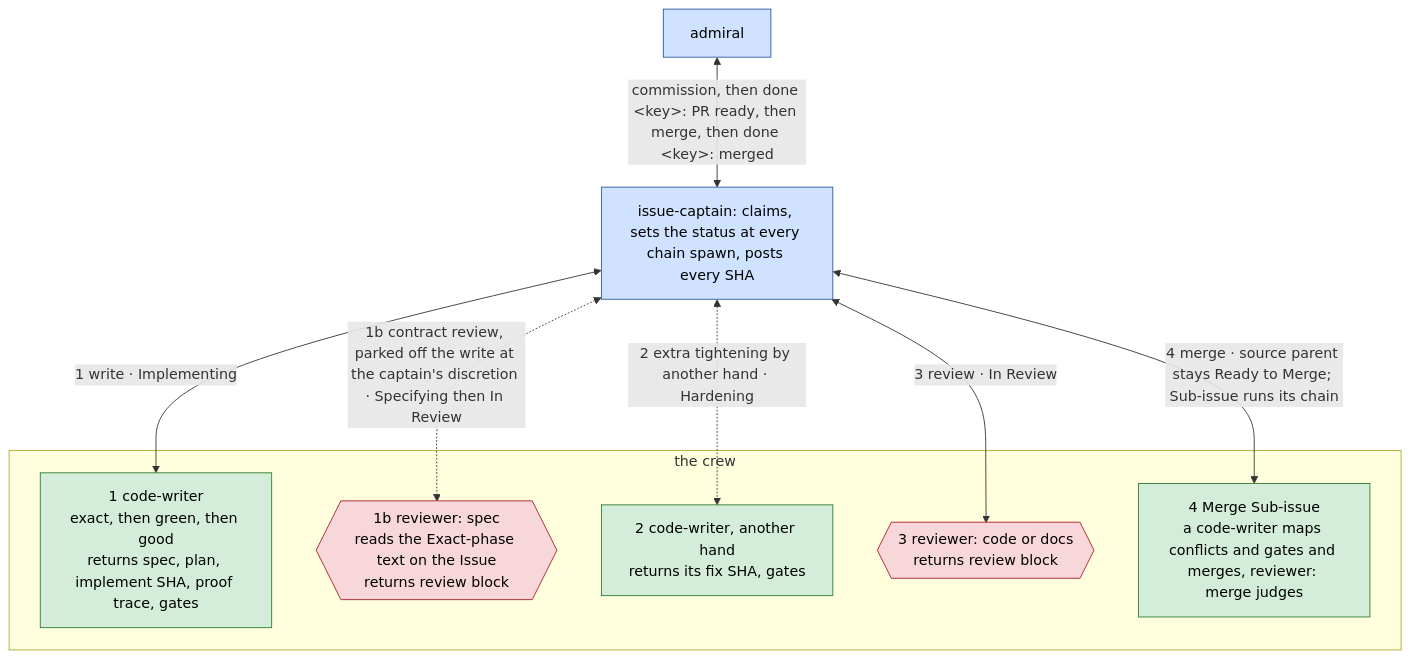
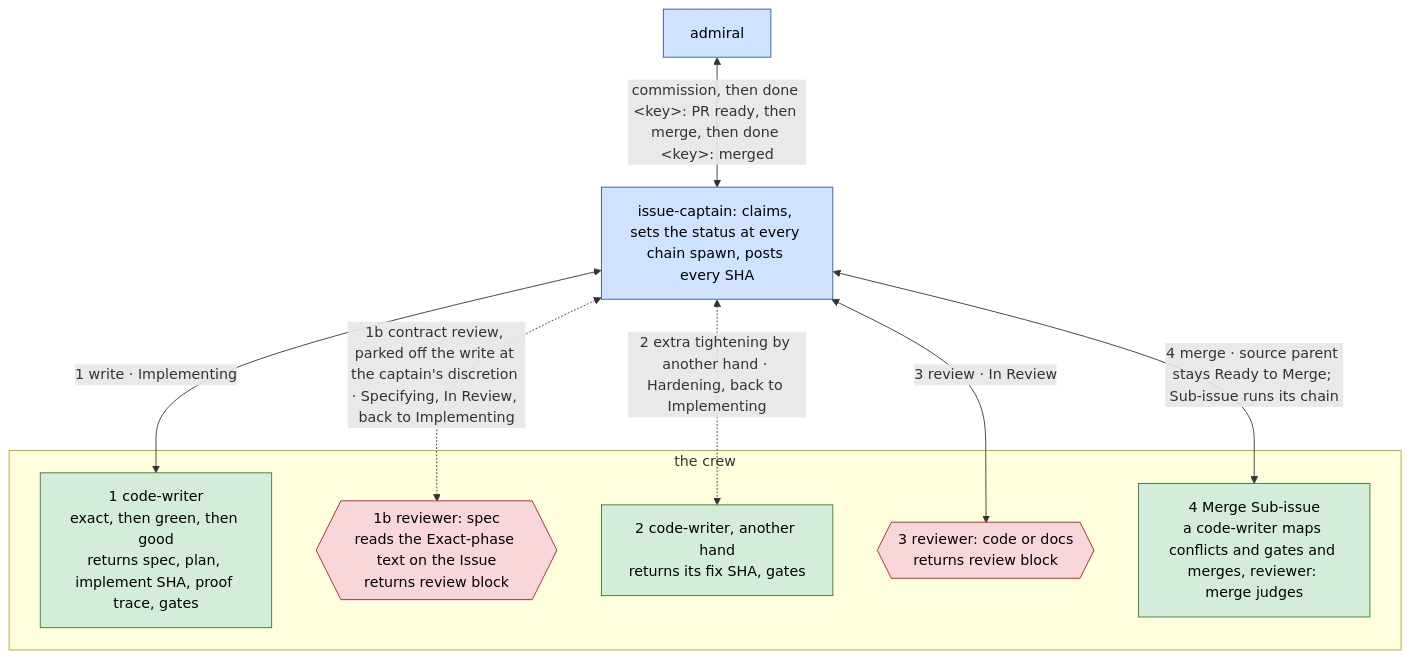
Before and after one commit to bodnarbalazs/dydo: the second of 12 diagrams in dydo/understand/control-flow.md, drawn with Mermaid. The commit also changed other lines of this file and 5 other files, not shown here.

First line of the commit message:
DYD-222 fix: route every review FAIL to Implementing and narrow the optional parks

````diff
--- a/dydo/understand/control-flow.md
+++ b/dydo/understand/control-flow.md
@@ -136,20 +136,20 @@
 ```mermaid
 flowchart TD
   classDef hat fill:#cfe2ff,stroke:#2c5aa0,color:#000
   classDef worker fill:#d4edda,stroke:#2e7d32,color:#000
   classDef reviewer fill:#f8d7da,stroke:#a71d2a,color:#000
 
   AD[admiral]:::hat <-->|"commission, then done &lt;key&gt;: PR ready, then merge, then done &lt;key&gt;: merged"| IC[issue-captain: claims, sets the status at every chain spawn, posts every SHA]:::hat
   IC <-->|"1 write · Implementing"| CW
-  IC <-.->|"1b contract review, parked off the write at the captain's discretion · Specifying then In Review"| RS
-  IC <-.->|"2 extra tightening by another hand · Hardening"| HD
+  IC <-.->|"1b contract review, parked off the write at the captain's discretion · Specifying, In Review, back to Implementing"| RS
+  IC <-.->|"2 extra tightening by another hand · Hardening, back to Implementing"| HD
   IC <-->|"3 review · In Review"| RC
   IC <-->|"4 merge · source parent stays Ready to Merge; Sub-issue runs its chain"| MG
   subgraph CREW [the crew]
     CW[1 code-writer<br>exact, then green, then good<br>returns spec, plan, implement SHA, proof trace, gates]:::worker
     RS{{1b reviewer: spec<br>reads the Exact-phase text on the Issue<br>returns review block}}:::reviewer
     HD[2 code-writer, another hand<br>returns its fix SHA, gates]:::worker
     RC{{3 reviewer: code or docs<br>returns review block}}:::reviewer
     MG[4 Merge Sub-issue<br>a code-writer maps conflicts and gates and merges, reviewer: merge judges]:::worker
   end
 ```
````
